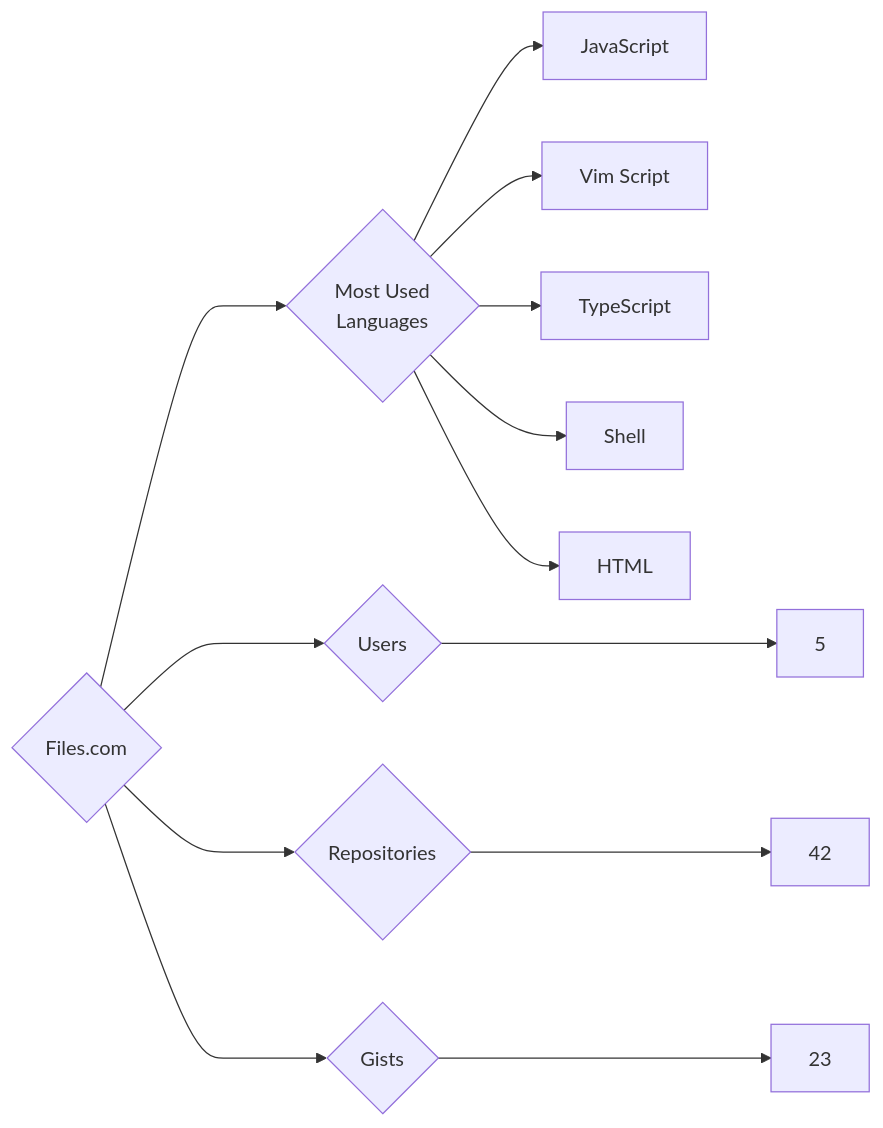
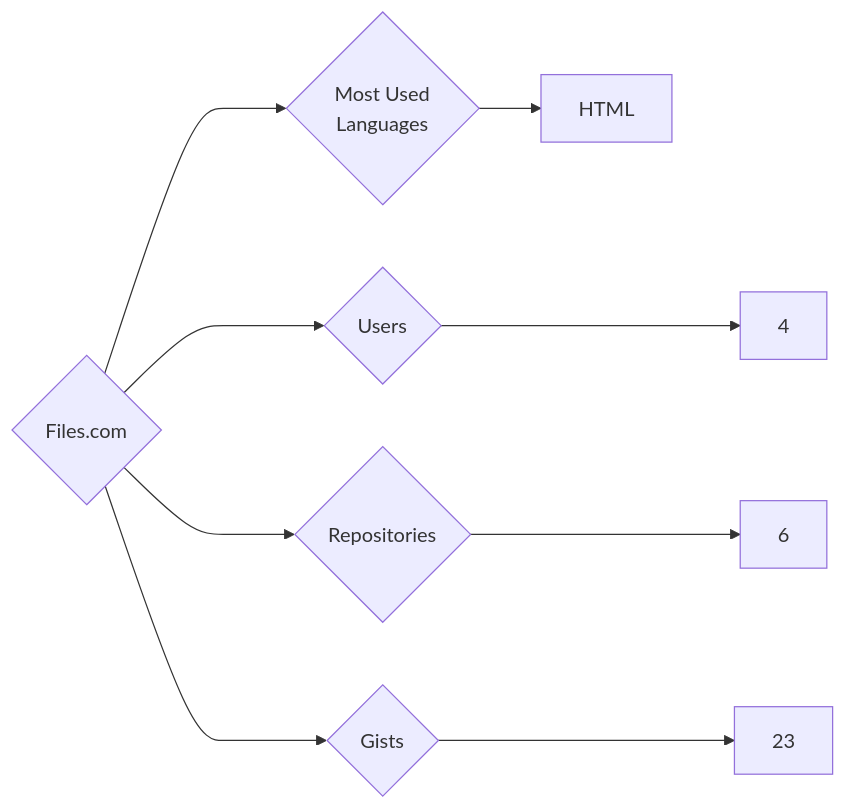
One commit to trickest/insiders changed the diagram in targets/Files.com/README.md. Above: the diagram before and after it, drawn with Mermaid. The commit also changed 857 other files, not shown here.

````diff
--- a/targets/Files.com/README.md
+++ b/targets/Files.com/README.md
@@ -3,13 +3,9 @@
 ```mermaid
 graph LR
 COMPANY_NAME{Files.com}
-COMPANY_NAME ---> U{Users} ---> UN[5]
-COMPANY_NAME ---> R{Repositories} ---> RN[42]
+COMPANY_NAME ---> U{Users} ---> UN[4]
+COMPANY_NAME ---> R{Repositories} ---> RN[6]
 COMPANY_NAME ---> G{Gists} ---> GN[23]
 COMPANY_NAME ---> ML{Most Used<br>Languages}
-ML --> JavaScript[JavaScript]
-ML --> Vim_Script[Vim Script]
-ML --> TypeScript[TypeScript]
-ML --> Shell[Shell]
 ML --> HTML[HTML]
 ```
````
